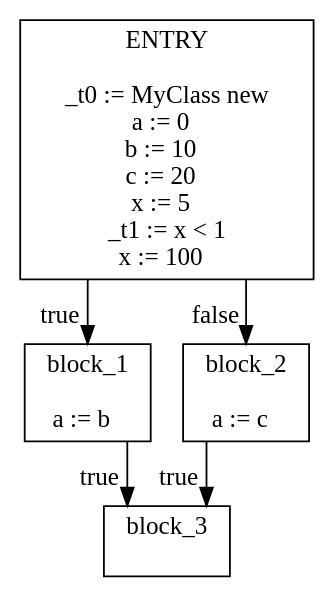
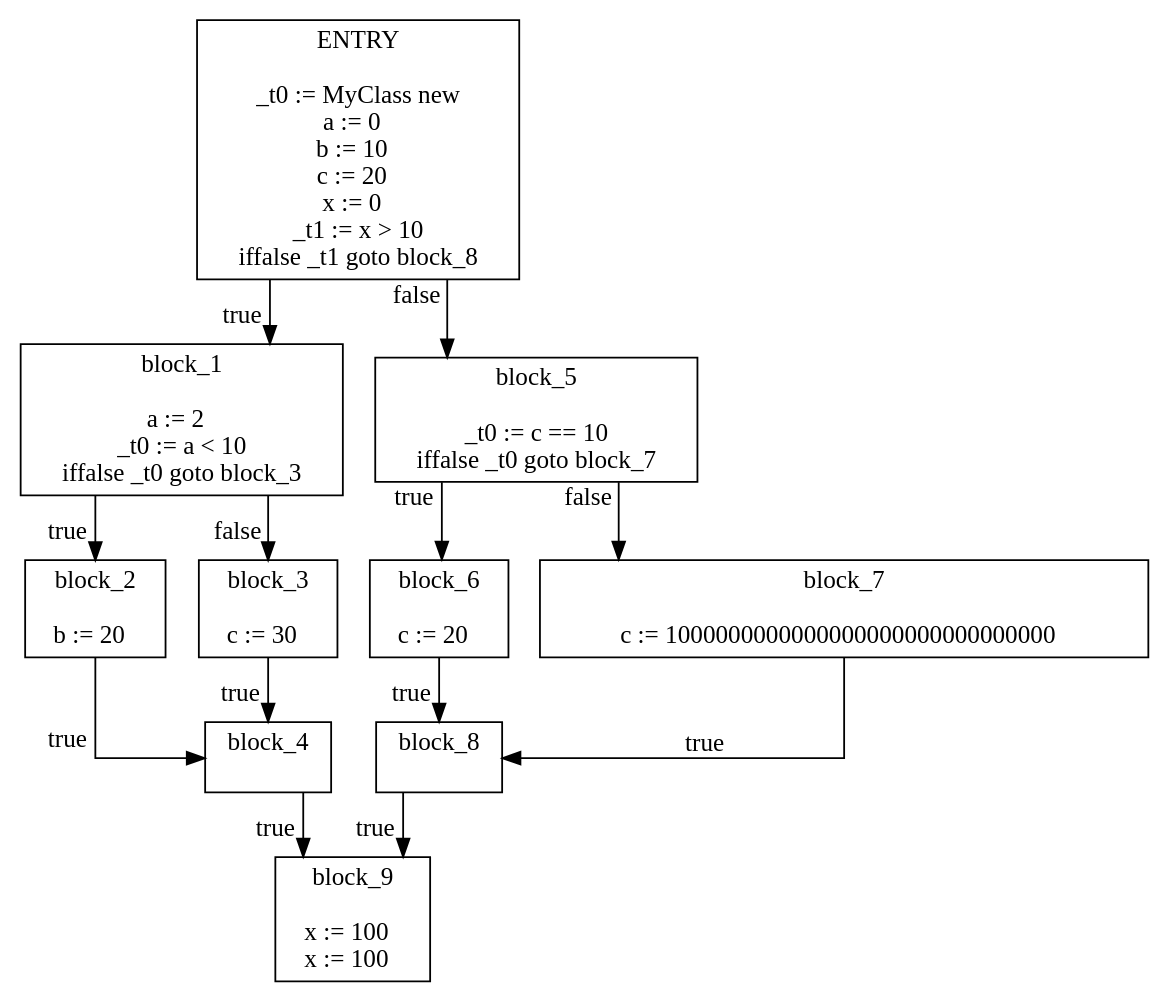
One commit to RealNexa/DV1655-compiler changed the diagram in getting_started/CFG.dot. Above: the diagram before and after it, drawn with Graphviz. The commit also changed 9 other files, not shown here.

```diff
--- a/getting_started/CFG.dot
+++ b/getting_started/CFG.dot
@@ -1,21 +1,44 @@
 digraph {
 graph [splines=ortho]
 node [shape=box]
 ENTRY [label="ENTRY\n\n_t0 := MyClass new 
 a := 0  
 b := 10  
 c := 20  
-x := 5  
-_t1 := x < 1
+x := 0  
+_t1 := x > 10
+iffalse _t1 goto block_8
+"];
+ENTRY->block_1 [xlabel="true"];
+block_1 [label="block_1\n\na := 2  
+_t0 := a < 10
+iffalse _t0 goto block_3
+"];
+block_1->block_2 [xlabel="true"];
+block_2 [label="block_2\n\nb := 20  
+"];
+block_2->block_4 [xlabel="true"];
+block_4 [label="block_4\n\n"];
+block_4->block_9 [xlabel="true"];
+block_9 [label="block_9\n\nx := 100  
 x := 100  
 "];
-ENTRY->block_1 [xlabel="true"];
-block_1 [label="block_1\n\na := b  
+block_1->block_3 [xlabel="false"];
+block_3 [label="block_3\n\nc := 30  
 "];
-block_1->block_3 [xlabel="true"];
-block_3 [label="block_3\n\n"];
-ENTRY->block_2 [xlabel="false"];
-block_2 [label="block_2\n\na := c  
+block_3->block_4 [xlabel="true"];
+ENTRY->block_5 [xlabel="false"];
+block_5 [label="block_5\n\n_t0 := c == 10
+iffalse _t0 goto block_7
 "];
-block_2->block_3 [xlabel="true"];
+block_5->block_6 [xlabel="true"];
+block_6 [label="block_6\n\nc := 20  
+"];
+block_6->block_8 [xlabel="true"];
+block_8 [label="block_8\n\n"];
+block_8->block_9 [xlabel="true"];
+block_5->block_7 [xlabel="false"];
+block_7 [label="block_7\n\nc := 1000000000000000000000000000000  
+"];
+block_7->block_8 [xlabel="true"];
 }
```
